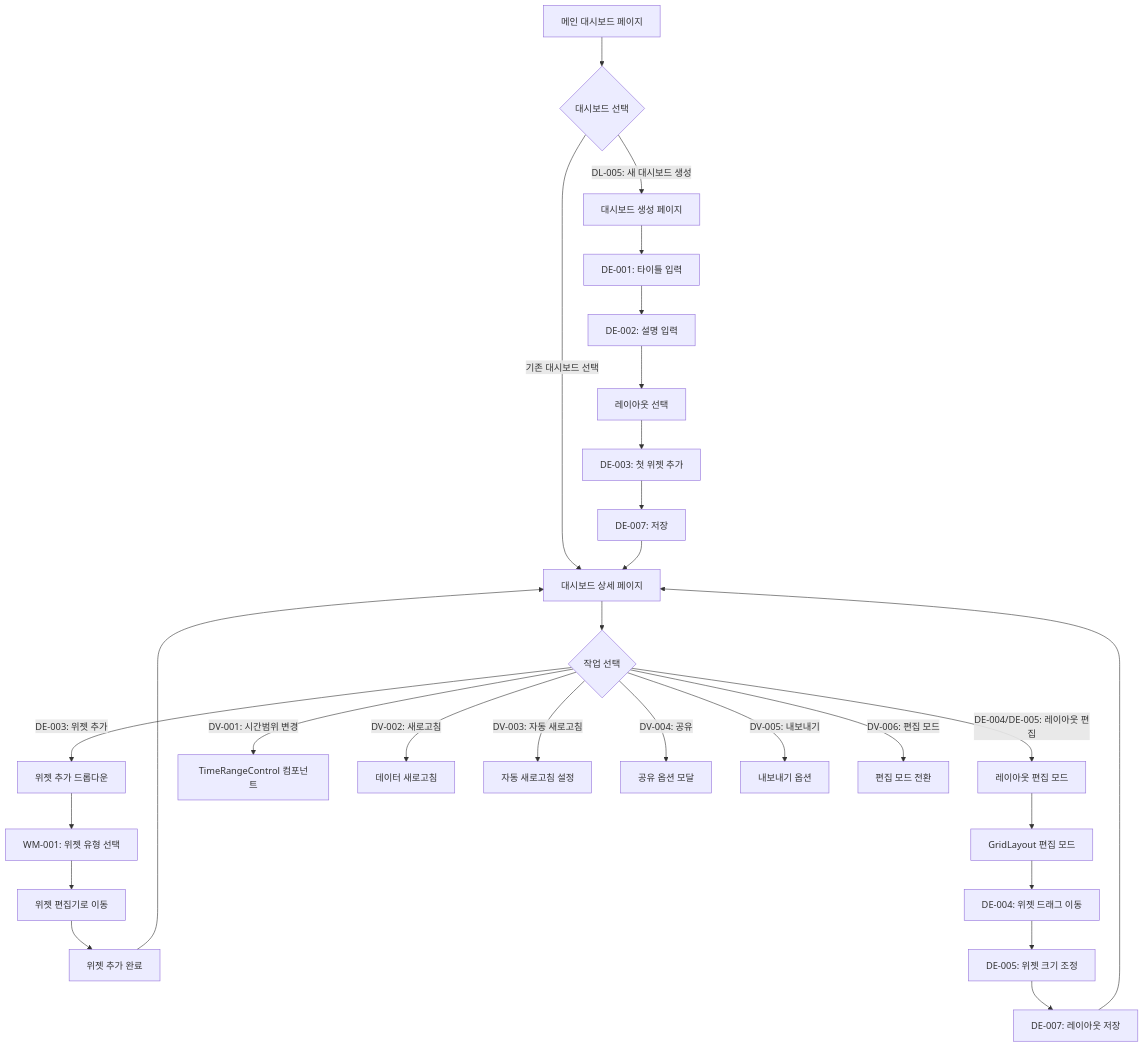
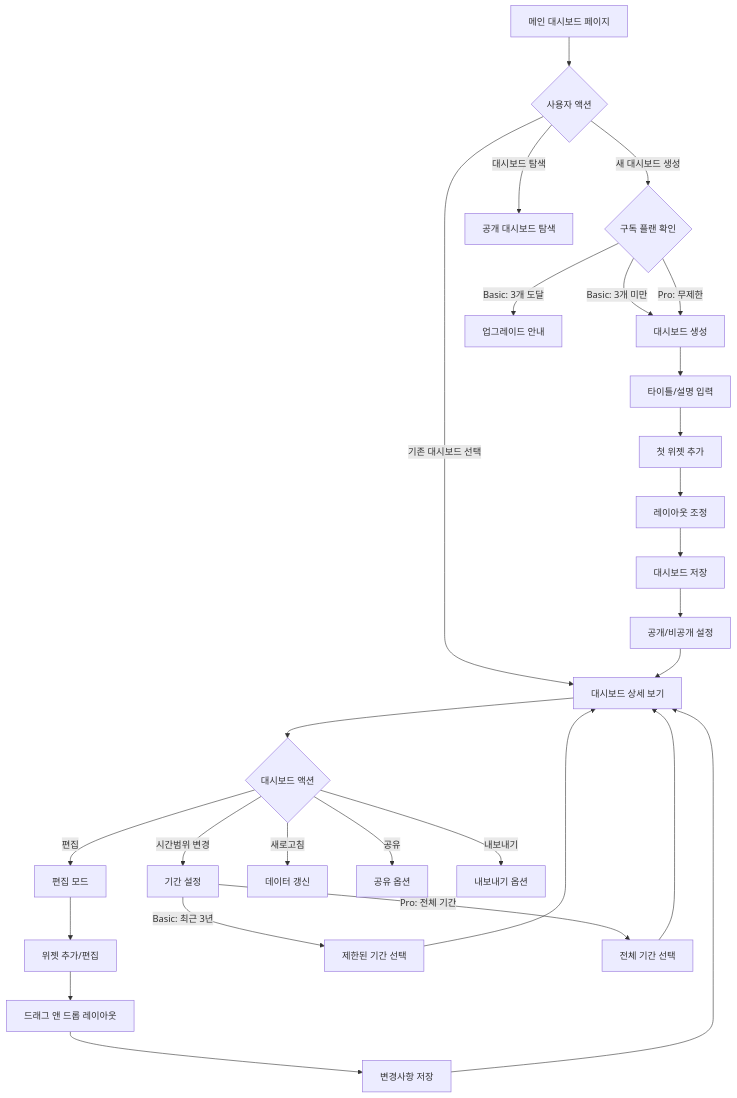
The third of 14 diagrams in ui-design/user-flows.md (Seungwoo321/etorch-docs), drawn with Mermaid before and after one commit. The commit also changed other lines of this file, not shown here.

Commit message:
docs: 사용자 흐름 가이드 문서 업데이트

````diff
--- a/ui-design/user-flows.md
+++ b/ui-design/user-flows.md
@@ -149,34 +126,36 @@
 ```mermaid
 flowchart TD
-    A[메인 대시보드 페이지] --> B{대시보드 선택}
-    B -->|DL-005: 새 대시보드 생성| C[대시보드 생성 페이지]
-    B -->|기존 대시보드 선택| D[대시보드 상세 페이지]
+    A[메인 대시보드 페이지] --> B{사용자 액션}
     
-    C --> E[DE-001: 타이틀 입력]
-    E --> F[DE-002: 설명 입력]
-    F --> G[레이아웃 선택]
-    G --> H[DE-003: 첫 위젯 추가]
-    H --> I[DE-007: 저장]
-    I --> D
+    B -->|새 대시보드 생성| C{구독 플랜 확인}
+    C -->|Basic: 3개 미만| D[대시보드 생성]
+    C -->|Basic: 3개 도달| E[업그레이드 안내]
+    C -->|Pro: 무제한| D
     
-    D --> J{작업 선택}
-    J -->|DE-003: 위젯 추가| K[위젯 추가 드롭다운]
-    J -->|DE-004/DE-005: 레이아웃 편집| L[레이아웃 편집 모드]
-    J -->|DV-001: 시간범위 변경| M[TimeRangeControl 컴포넌트]
-    J -->|DV-002: 새로고침| N[데이터 새로고침]
-    J -->|DV-003: 자동 새로고침| O[자동 새로고침 설정]
-    J -->|DV-004: 공유| P[공유 옵션 모달]
-    J -->|DV-005: 내보내기| Q[내보내기 옵션]
-    J -->|DV-006: 편집 모드| R[편집 모드 전환]
+    B -->|기존 대시보드 선택| F[대시보드 상세 보기]
+    B -->|대시보드 탐색| G[공개 대시보드 탐색]
     
-    K --> S[WM-001: 위젯 유형 선택]
-    S --> T[위젯 편집기로 이동]
-    T --> U[위젯 추가 완료]
-    U --> D
+    D --> H[타이틀/설명 입력]
+    H --> I[첫 위젯 추가]
+    I --> J[레이아웃 조정]
+    J --> K[대시보드 저장]
+    K --> L[공개/비공개 설정]
+    L --> F
     
-    L --> V[GridLayout 편집 모드]
-    V --> W[DE-004: 위젯 드래그 이동]
-    W --> X[DE-005: 위젯 크기 조정]
-    X --> Y[DE-007: 레이아웃 저장]
-    Y --> D
+    F --> M{대시보드 액션}
+    M -->|편집| N[편집 모드]
+    M -->|시간범위 변경| O[기간 설정]
+    M -->|새로고침| P[데이터 갱신]
+    M -->|공유| Q[공유 옵션]
+    M -->|내보내기| R[내보내기 옵션]
+    
+    N --> S[위젯 추가/편집]
+    S --> T[드래그 앤 드롭 레이아웃]
+    T --> U[변경사항 저장]
+    U --> F
+    
+    O -->|Basic: 최근 3년| V[제한된 기간 선택]
+    O -->|Pro: 전체 기간| W[전체 기간 선택]
+    V --> F
+    W --> F
 ```
````
